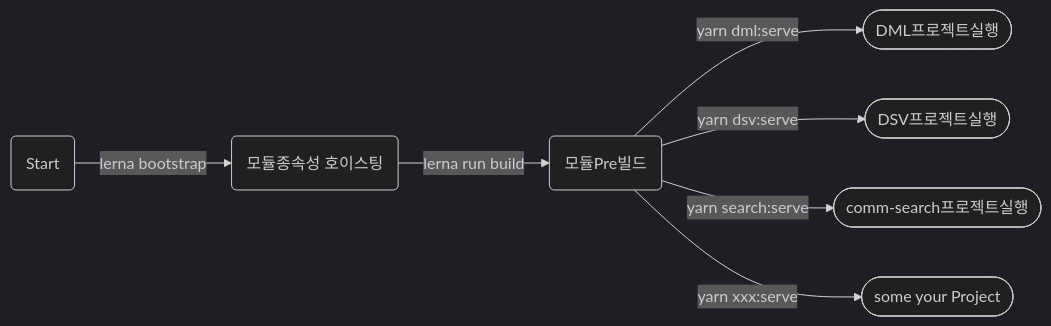
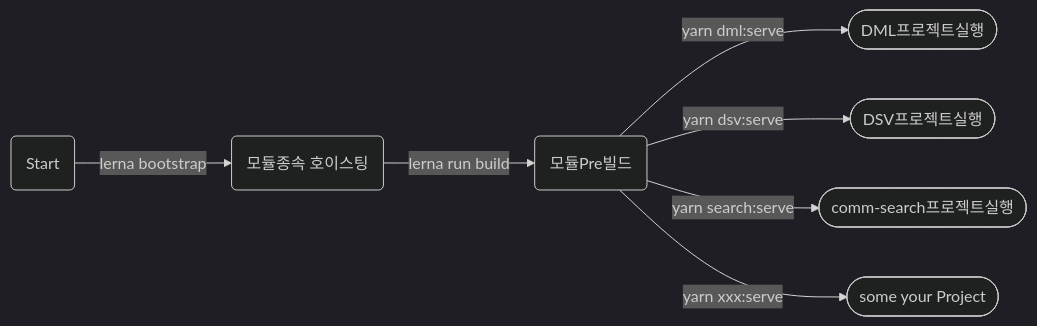
The first of 2 diagrams in README.md (Shin-Beomchul/mono), drawn with Mermaid (dark theme) before and after one commit. The commit also changed other lines of this file, not shown here.

````diff
--- a/README.md
+++ b/README.md
@@ -25,8 +25,8 @@
 ```mermaid
 graph LR
-A(Start) --lerna bootstrap --> B(모듈종속성 호이스팅) --lerna run build--> C(모듈Pre빌드)
+A(Start) --lerna bootstrap --> B(모듈종속 호이스팅) --lerna run build--> C(모듈Pre빌드)
 C--yarn dml:serve -->D([DML프로젝트실행])
 C--yarn dsv:serve-->E([DSV프로젝트실행])
 C--yarn search:serve -->F([comm-search프로젝트실행])
 C--yarn xxx:serve -->G([some your Project])
 ```
````
